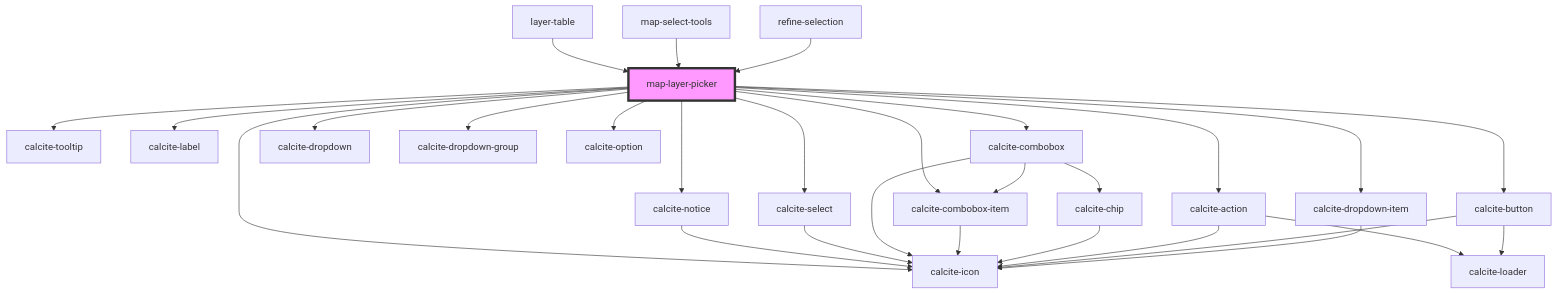
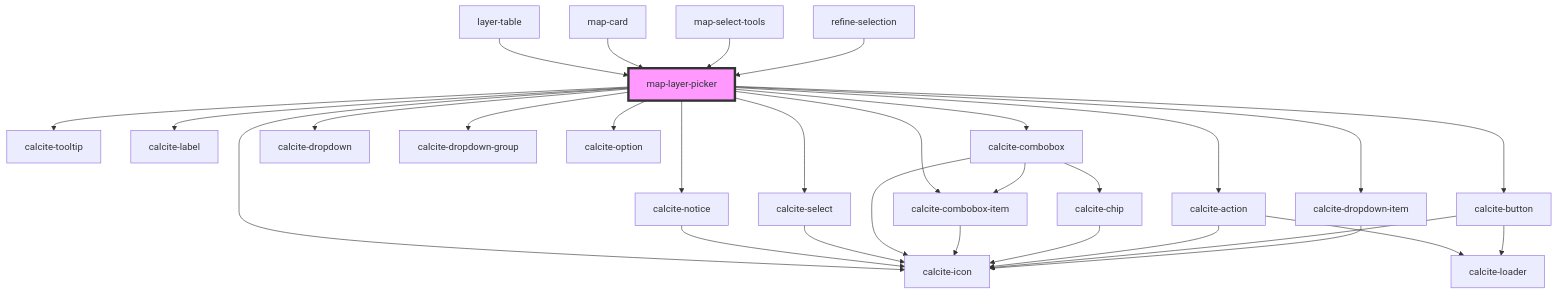
The diagram in src/components/map-layer-picker/readme.md (Esri/solutions-components), drawn with Mermaid before and after one commit. The commit also changed other lines of this file and 6 other files, not shown here.

````diff
--- a/src/components/map-layer-picker/readme.md
+++ b/src/components/map-layer-picker/readme.md
@@ -63,32 +64,33 @@
 ```mermaid
 graph TD;
   map-layer-picker --> calcite-notice
   map-layer-picker --> calcite-tooltip
   map-layer-picker --> calcite-icon
   map-layer-picker --> calcite-label
   map-layer-picker --> calcite-select
   map-layer-picker --> calcite-combobox
   map-layer-picker --> calcite-dropdown
   map-layer-picker --> calcite-dropdown-group
   map-layer-picker --> calcite-action
   map-layer-picker --> calcite-button
   map-layer-picker --> calcite-combobox-item
   map-layer-picker --> calcite-option
   map-layer-picker --> calcite-dropdown-item
   calcite-notice --> calcite-icon
   calcite-select --> calcite-icon
   calcite-combobox --> calcite-combobox-item
   calcite-combobox --> calcite-chip
   calcite-combobox --> calcite-icon
   calcite-combobox-item --> calcite-icon
   calcite-chip --> calcite-icon
   calcite-action --> calcite-loader
   calcite-action --> calcite-icon
   calcite-button --> calcite-loader
   calcite-button --> calcite-icon
   calcite-dropdown-item --> calcite-icon
   layer-table --> map-layer-picker
+  map-card --> map-layer-picker
   map-select-tools --> map-layer-picker
   refine-selection --> map-layer-picker
   style map-layer-picker fill:#f9f,stroke:#333,stroke-width:4px
 ```
````
